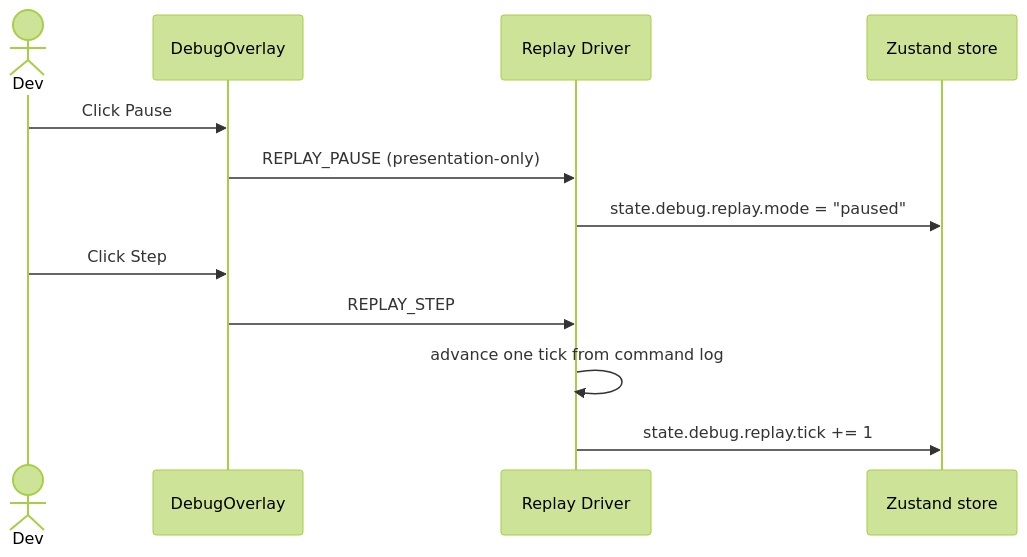
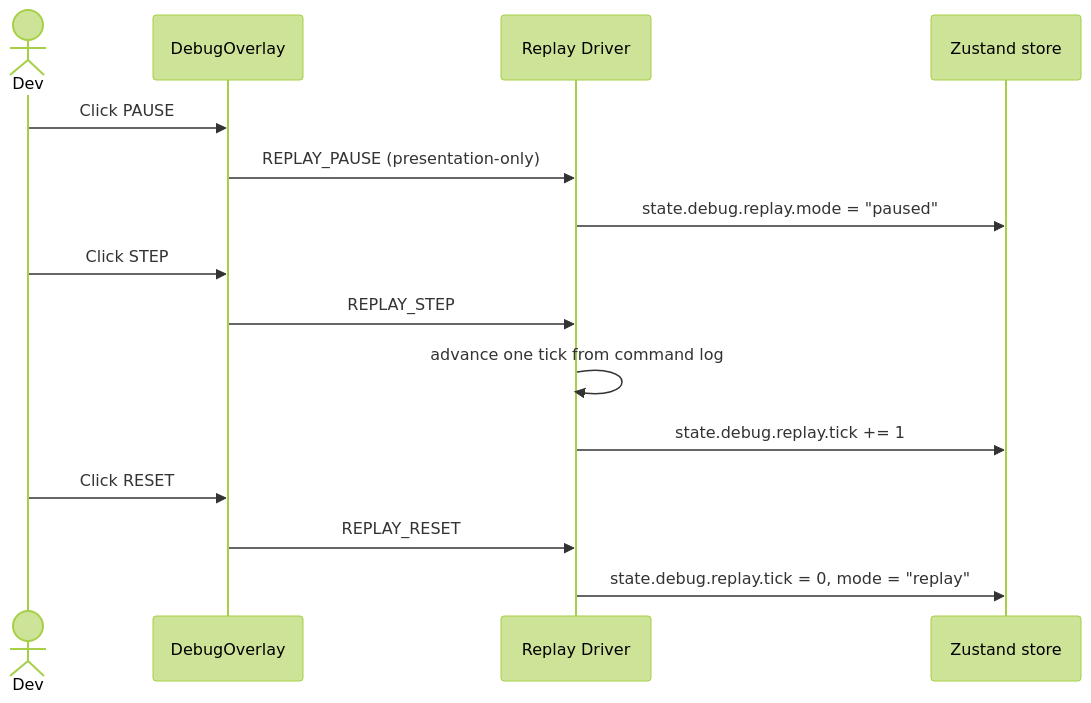
The fourth of 4 diagrams in docs/architecture/wiki/screens/66-debug-overlay/architecture.md (SunaNoOshiro/Heroes_Reforged_AI_Realms), drawn with Mermaid (forest theme) before and after one commit. The commit also changed other lines of this file and 518 other files, not shown here.

First line of the commit message:
Add doc-audit skill and sweep architecture/screen docs

````diff
--- a/docs/architecture/wiki/screens/66-debug-overlay/architecture.md
+++ b/docs/architecture/wiki/screens/66-debug-overlay/architecture.md
@@ -59,16 +60,20 @@
 ```mermaid
 sequenceDiagram
   actor Dev
   participant UI as DebugOverlay
   participant Driver as Replay Driver
   participant Store as Zustand store
 
-  Dev->>UI: Click Pause
+  Dev->>UI: Click PAUSE
   UI->>Driver: REPLAY_PAUSE (presentation-only)
   Driver->>Store: state.debug.replay.mode = "paused"
 
-  Dev->>UI: Click Step
+  Dev->>UI: Click STEP
   UI->>Driver: REPLAY_STEP
   Driver->>Driver: advance one tick from command log
   Driver->>Store: state.debug.replay.tick += 1
+
+  Dev->>UI: Click RESET
+  UI->>Driver: REPLAY_RESET
+  Driver->>Store: state.debug.replay.tick = 0, mode = "replay"
 ```
````
